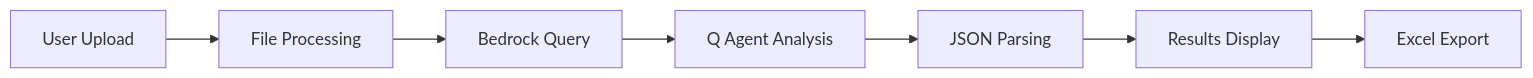
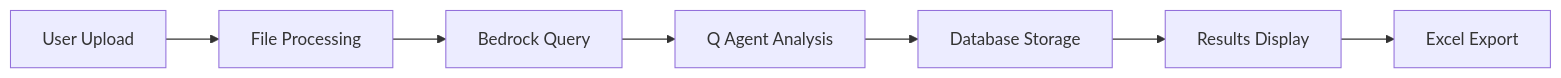
Before and after one commit to ram-020998/nexus-gen-v2: the first of 5 diagrams in README.md, drawn with Mermaid. The commit also changed other lines of this file and 51 other files, not shown here.

````diff
--- a/README.md
+++ b/README.md
@@ -55,9 +62,9 @@
 ```mermaid
 graph LR
     A[User Upload] --> B[File Processing]
     B --> C[Bedrock Query]
     C --> D[Q Agent Analysis]
-    D --> E[JSON Parsing]
+    D --> E[Database Storage]
     E --> F[Results Display]
     F --> G[Excel Export]
 ```
````
